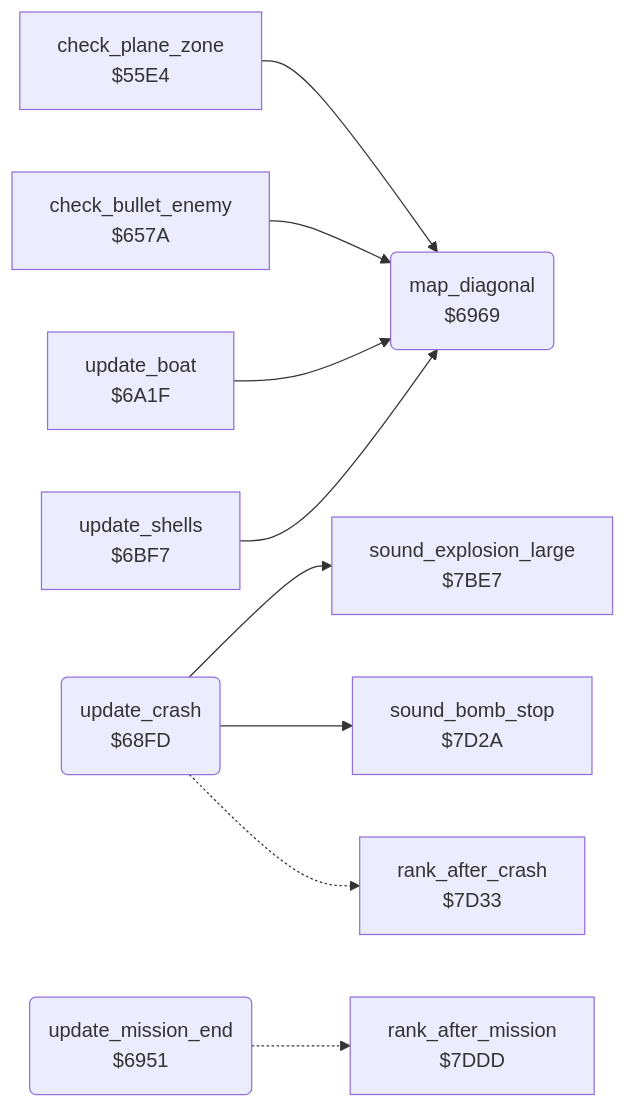
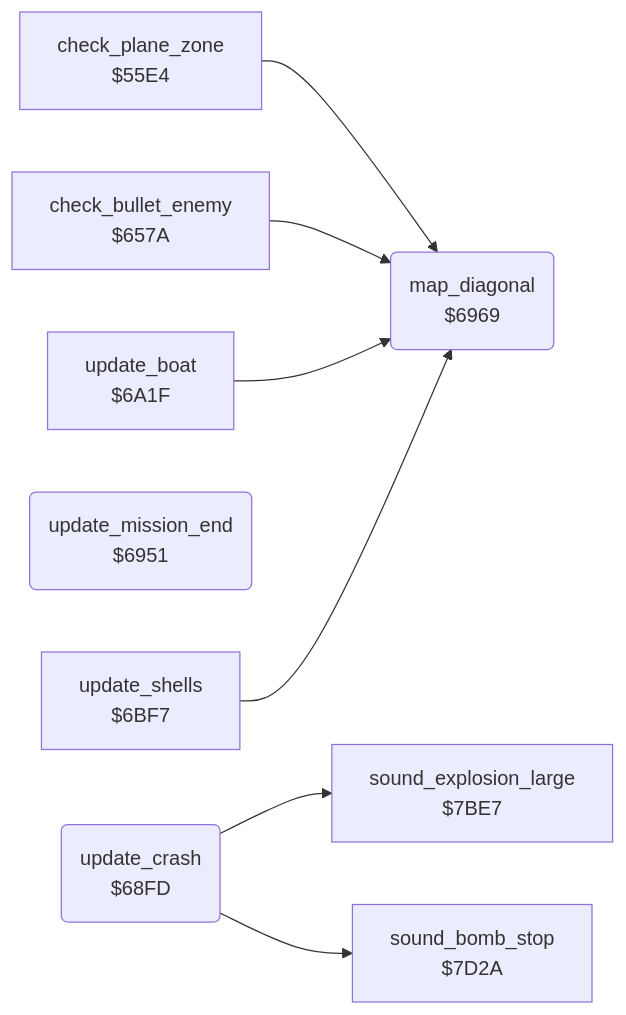
One commit to henols/c64_games changed the diagram in blue_max/docs/reference/modules/plane/crash.md. Above: the diagram before and after it, drawn with Mermaid. The commit also changed other lines of this file and 1100 other files, not shown here.

````diff
--- a/blue_max/docs/reference/modules/plane/crash.md
+++ b/blue_max/docs/reference/modules/plane/crash.md
@@ -10,22 +18,18 @@
 ```mermaid
 flowchart LR
   n55e4["check_plane_zone<br/>$55E4"]
   n657a["check_bullet_enemy<br/>$657A"]
   n68fd("update_crash<br/>$68FD")
   n6951("update_mission_end<br/>$6951")
   n6969("map_diagonal<br/>$6969")
   n6a1f["update_boat<br/>$6A1F"]
   n6bf7["update_shells<br/>$6BF7"]
   n7be7["sound_explosion_large<br/>$7BE7"]
   n7d2a["sound_bomb_stop<br/>$7D2A"]
-  n7d33["rank_after_crash<br/>$7D33"]
-  n7ddd["rank_after_mission<br/>$7DDD"]
   n55e4 --> n6969
   n657a --> n6969
   n68fd --> n7be7
   n68fd --> n7d2a
-  n68fd -.-> n7d33
-  n6951 -.-> n7ddd
   n6a1f --> n6969
   n6bf7 --> n6969
 ```
````
